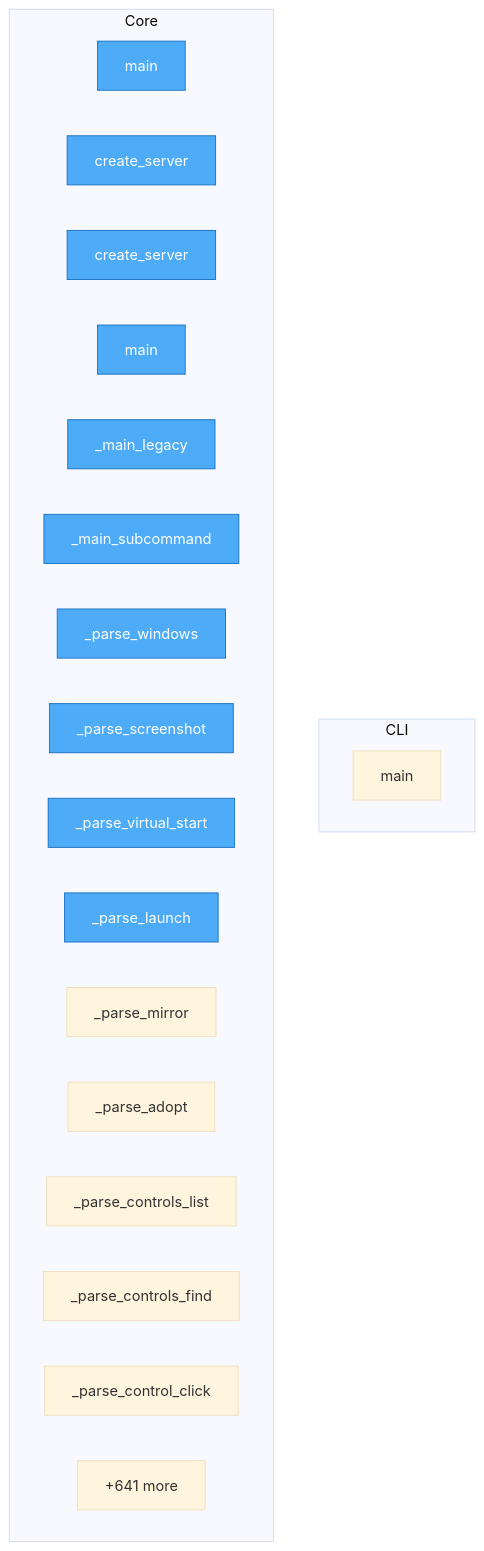
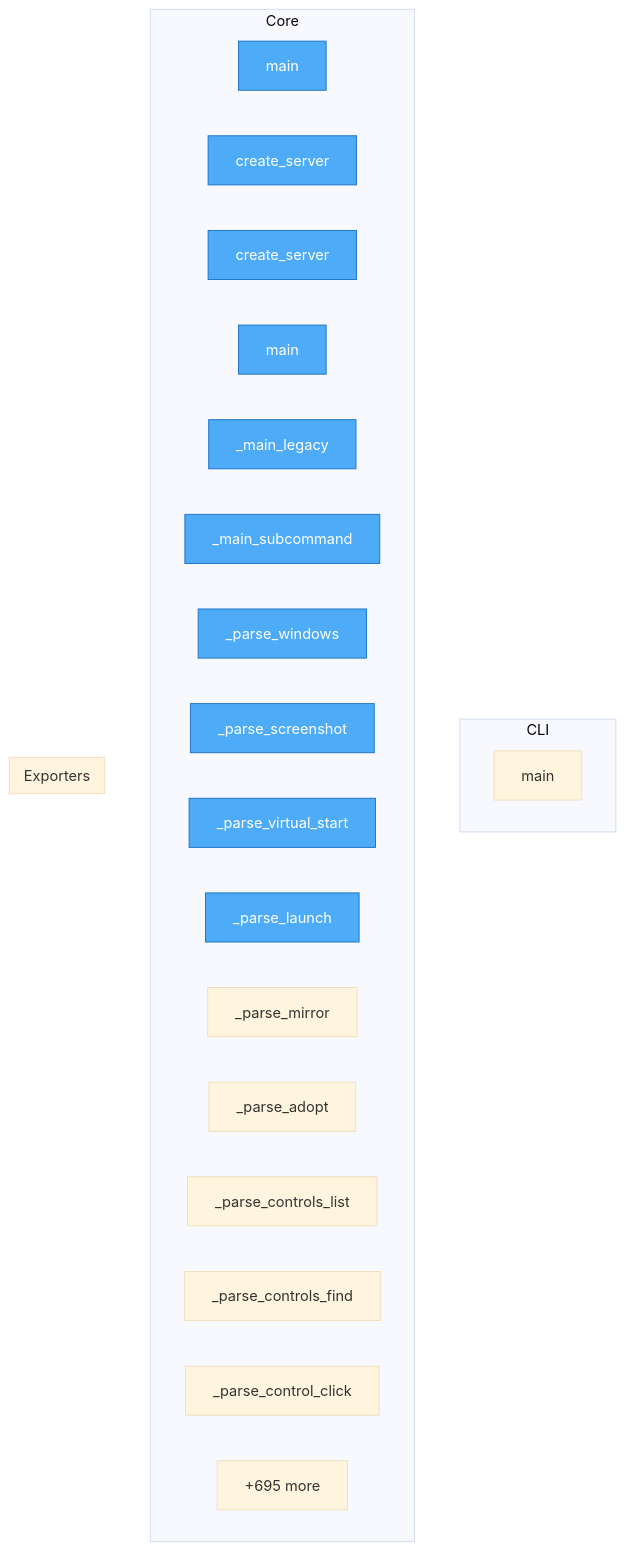
Before and after one commit to wronai/vdisplay: the diagram in project/flow.mmd, drawn with Mermaid (base theme). The commit also changed 93 other files, not shown here.

```diff
--- a/project/flow.mmd
+++ b/project/flow.mmd
@@ -1,30 +1,33 @@
 flowchart TD
-%% generated in 0.06s
+%% generated in 0.05s
 
     %% Entry points (blue)
     classDef entry fill:#4dabf7,stroke:#1971c2,color:#fff
 
     subgraph CLI
         packages__cli2vdisplay__src__cli2vdisplay__cli__main["main"]
     end
 
     subgraph Core
         packages__mcp2vdisplay__src__mcp2vdisplay__cli__main["main"]
         packages__mcp2vdisplay__src__mcp2vdisplay__cli__create_server["create_server"]
         packages__mcp2vdisplay__src__mcp2vdisplay__server__create_server["create_server"]
         packages__dsl2vdisplay__src__dsl2vdisplay__cli__main["main"]
         packages__dsl2vdisplay__src__dsl2vdisplay__cli___main_legacy["_main_legacy"]
         packages__dsl2vdisplay__src__dsl2vdisplay__cli___main_subcommand["_main_subcommand"]
         packages__dsl2vdisplay__src__dsl2vdisplay__grammar___parse_windows["_parse_windows"]
         packages__dsl2vdisplay__src__dsl2vdisplay__grammar___parse_screenshot["_parse_screenshot"]
         packages__dsl2vdisplay__src__dsl2vdisplay__grammar___parse_virtual_start["_parse_virtual_start"]
         packages__dsl2vdisplay__src__dsl2vdisplay__grammar___parse_launch["_parse_launch"]
         packages__dsl2vdisplay__src__dsl2vdisplay__grammar___parse_mirror["_parse_mirror"]
         packages__dsl2vdisplay__src__dsl2vdisplay__grammar___parse_adopt["_parse_adopt"]
         packages__dsl2vdisplay__src__dsl2vdisplay__grammar___parse_controls_list["_parse_controls_list"]
         packages__dsl2vdisplay__src__dsl2vdisplay__grammar___parse_controls_find["_parse_controls_find"]
         packages__dsl2vdisplay__src__dsl2vdisplay__grammar___parse_control_click["_parse_control_click"]
-        ...["+641 more"]
+        ...["+695 more"]
+    end
+
+    subgraph Exporters
     end
 
     class packages__mcp2vdisplay__src__mcp2vdisplay__cli__main,packages__mcp2vdisplay__src__mcp2vdisplay__cli__create_server,packages__mcp2vdisplay__src__mcp2vdisplay__server__create_server,packages__dsl2vdisplay__src__dsl2vdisplay__cli__main,packages__dsl2vdisplay__src__dsl2vdisplay__cli___main_legacy,packages__dsl2vdisplay__src__dsl2vdisplay__cli___main_subcommand,packages__dsl2vdisplay__src__dsl2vdisplay__grammar___parse_windows,packages__dsl2vdisplay__src__dsl2vdisplay__grammar___parse_screenshot,packages__dsl2vdisplay__src__dsl2vdisplay__grammar___parse_virtual_start,packages__dsl2vdisplay__src__dsl2vdisplay__grammar___parse_launch entry
```
